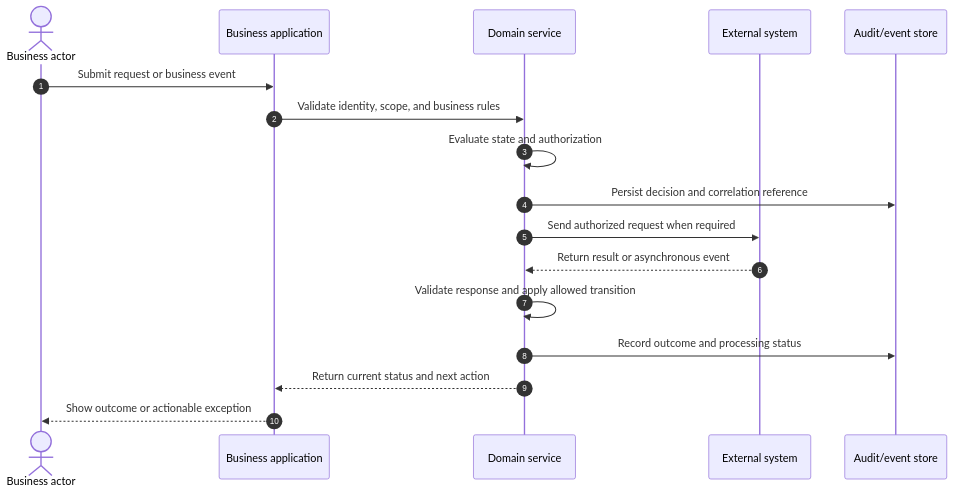
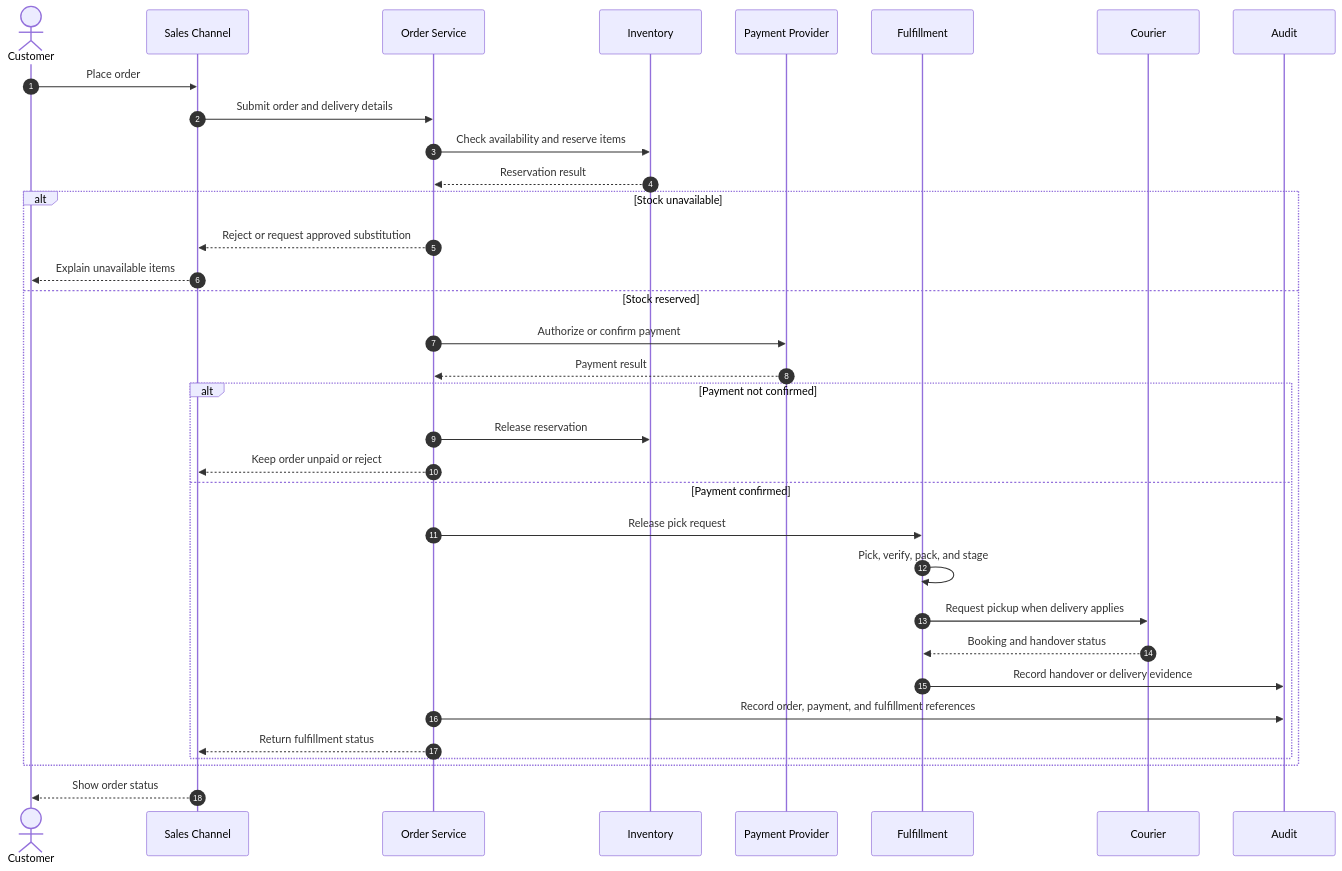
Before and after one commit to reviveproject4-source/visual-business-flows: the second of 3 diagrams in 01-retail-and-pos/order-to-delivery-flow.md, drawn with Mermaid. The commit also changed other lines of this file and 14 other files, not shown here.

First line of the commit message:
Align workflow diagrams with business rules and exceptions

````diff
--- a/01-retail-and-pos/order-to-delivery-flow.md
+++ b/01-retail-and-pos/order-to-delivery-flow.md
@@ -83,19 +85,36 @@
 ```mermaid
 sequenceDiagram
     autonumber
-    actor User as Business actor
-    participant App as Business application
-    participant Core as Domain service
-    participant External as External system
-    participant Audit as Audit/event store
-    User->>App: Submit request or business event
-    App->>Core: Validate identity, scope, and business rules
-    Core->>Core: Evaluate state and authorization
-    Core->>Audit: Persist decision and correlation reference
-    Core->>External: Send authorized request when required
-    External-->>Core: Return result or asynchronous event
-    Core->>Core: Validate response and apply allowed transition
-    Core->>Audit: Record outcome and processing status
-    Core-->>App: Return current status and next action
-    App-->>User: Show outcome or actionable exception
+    actor Customer
+    participant Channel as Sales Channel
+    participant Order as Order Service
+    participant Stock as Inventory
+    participant Pay as Payment Provider
+    participant Fulfil as Fulfillment
+    participant Courier
+    participant Audit
+    Customer->>Channel: Place order
+    Channel->>Order: Submit order and delivery details
+    Order->>Stock: Check availability and reserve items
+    Stock-->>Order: Reservation result
+    alt Stock unavailable
+        Order-->>Channel: Reject or request approved substitution
+        Channel-->>Customer: Explain unavailable items
+    else Stock reserved
+        Order->>Pay: Authorize or confirm payment
+        Pay-->>Order: Payment result
+        alt Payment not confirmed
+            Order->>Stock: Release reservation
+            Order-->>Channel: Keep order unpaid or reject
+        else Payment confirmed
+            Order->>Fulfil: Release pick request
+            Fulfil->>Fulfil: Pick, verify, pack, and stage
+            Fulfil->>Courier: Request pickup when delivery applies
+            Courier-->>Fulfil: Booking and handover status
+            Fulfil->>Audit: Record handover or delivery evidence
+            Order->>Audit: Record order, payment, and fulfillment references
+            Order-->>Channel: Return fulfillment status
+        end
+    end
+    Channel-->>Customer: Show order status
 ```
````
